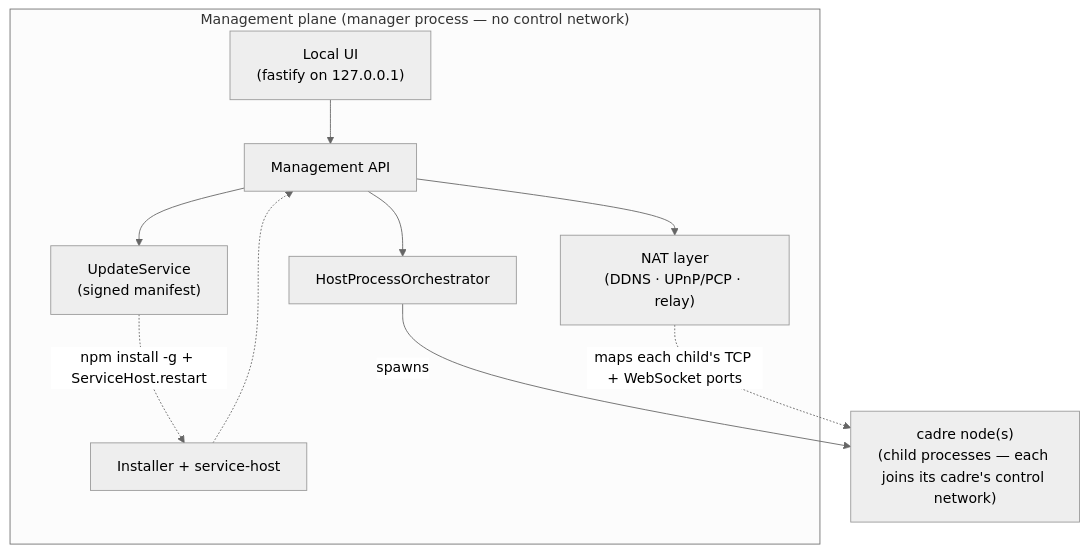
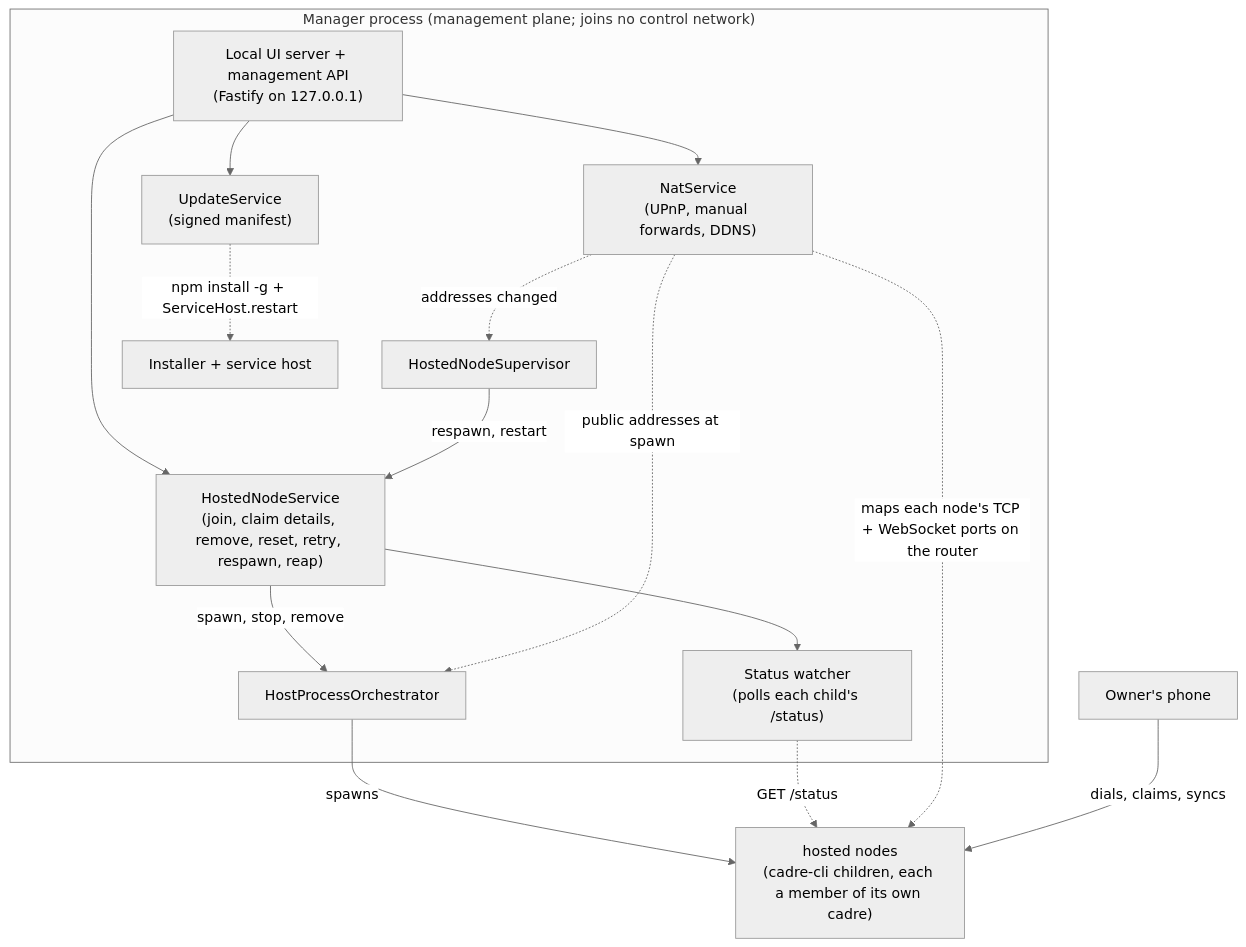
Before and after one commit to gotchoices/sereus: the second of 2 diagrams in docs/cadre-host.md, drawn with Mermaid (neutral theme). The commit also changed other lines of this file and 15 other files, not shown here.

Commit message:
ticket(implement): cadre-host-join-docs

````diff
--- a/docs/cadre-host.md
+++ b/docs/cadre-host.md
@@ -473,19 +529,26 @@
 ```mermaid
 graph TD
-    subgraph MP["Management plane (manager process — no control network)"]
-        UI["Local UI<br/>(fastify on 127.0.0.1)"]
-        Mgmt["Management API"]
+    subgraph MP["Manager process (management plane; joins no control network)"]
+        UI["Local UI server + management API<br/>(Fastify on 127.0.0.1)"]
+        HNS["HostedNodeService<br/>(join, claim details, remove, reset, retry, respawn, reap)"]
+        W["Status watcher<br/>(polls each child's /status)"]
+        Sup["HostedNodeSupervisor"]
         Orch["HostProcessOrchestrator"]
-        NAT["NAT layer<br/>(DDNS · UPnP/PCP · relay)"]
+        NAT["NatService<br/>(UPnP, manual forwards, DDNS)"]
         Upd["UpdateService<br/>(signed manifest)"]
-        Install["Installer + service-host"]
+        Install["Installer + service host"]
     end
-    UI --> Mgmt
-    Mgmt --> Orch
-    Mgmt --> NAT
-    Mgmt --> Upd
+    UI --> HNS
+    UI --> NAT
+    UI --> Upd
+    HNS --> W
+    Sup -->|respawn, restart| HNS
+    HNS -->|spawn, stop, remove| Orch
+    NAT -. "public addresses at spawn" .-> Orch
+    NAT -. "addresses changed" .-> Sup
+    Orch -->|spawns| NN["hosted nodes<br/>(cadre-cli children, each a member of its own cadre)"]
+    W -. "GET /status" .-> NN
+    NAT -. "maps each node's TCP + WebSocket ports on the router" .-> NN
     Upd -. "npm install -g + ServiceHost.restart" .-> Install
-    Orch -->|spawns| NN["cadre node(s)<br/>(child processes — each joins its cadre's control network)"]
-    NAT -. "maps each child's TCP + WebSocket ports" .-> NN
-    Install -.-> Mgmt
+    Phone["Owner's phone"] -->|"dials, claims, syncs"| NN
 ```
````
